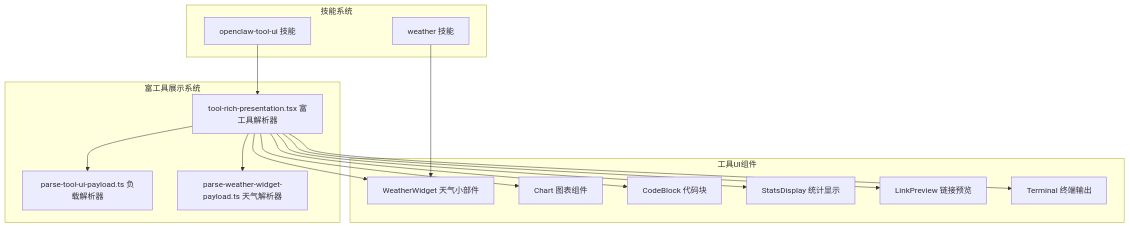
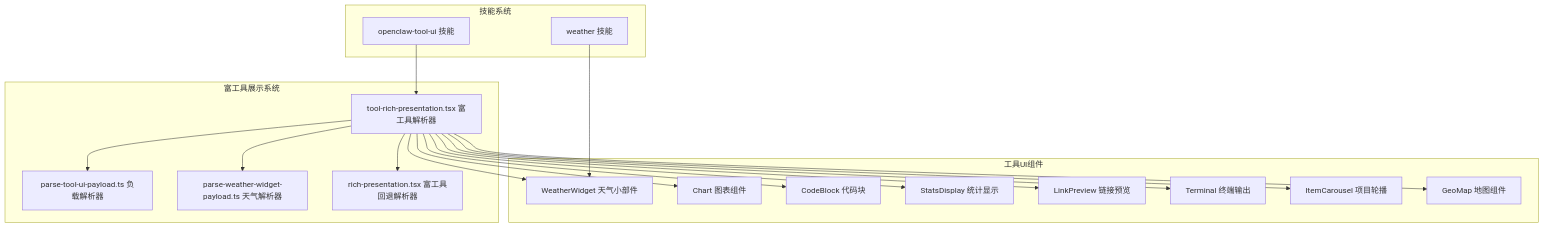
Before and after one commit to verse-ai-org/openclaw: the fourth of 19 diagrams in .qoder/repowiki/zh/content/Web界面/UI组件系统/工具UI组件/富工具UI基础设施.md, drawn with Mermaid. The commit also changed other lines of this file and 11 other files, not shown here.

````diff
--- a/.qoder/repowiki/zh/content/Web界面/UI组件系统/工具UI组件/富工具UI基础设施.md
+++ b/.qoder/repowiki/zh/content/Web界面/UI组件系统/工具UI组件/富工具UI基础设施.md
@@ -221,30 +250,36 @@
 ```mermaid
 graph TB
 subgraph "富工具展示系统"
 RichPresentation[tool-rich-presentation.tsx 富工具解析器]
 PayloadParser[parse-tool-ui-payload.ts 负载解析器]
 WeatherParser[parse-weather-widget-payload.ts 天气解析器]
+RichPresentationFallback[rich-presentation.tsx 富工具回退解析器]
 end
 subgraph "工具UI组件"
 WeatherWidget[WeatherWidget 天气小部件]
 Chart[Chart 图表组件]
 CodeBlock[CodeBlock 代码块]
 StatsDisplay[StatsDisplay 统计显示]
 LinkPreview[LinkPreview 链接预览]
 Terminal[Terminal 终端输出]
+ItemCarousel[ItemCarousel 项目轮播]
+GeoMap[GeoMap 地图组件]
 end
 subgraph "技能系统"
 OpenClawToolUI[openclaw-tool-ui 技能]
 WeatherSkill[weather 技能]
 end
 RichPresentation --> PayloadParser
 RichPresentation --> WeatherParser
+RichPresentation --> RichPresentationFallback
 RichPresentation --> WeatherWidget
 RichPresentation --> Chart
 RichPresentation --> CodeBlock
 RichPresentation --> StatsDisplay
 RichPresentation --> LinkPreview
 RichPresentation --> Terminal
+RichPresentation --> ItemCarousel
+RichPresentation --> GeoMap
 OpenClawToolUI --> RichPresentation
 WeatherSkill --> WeatherWidget
 ```
````
